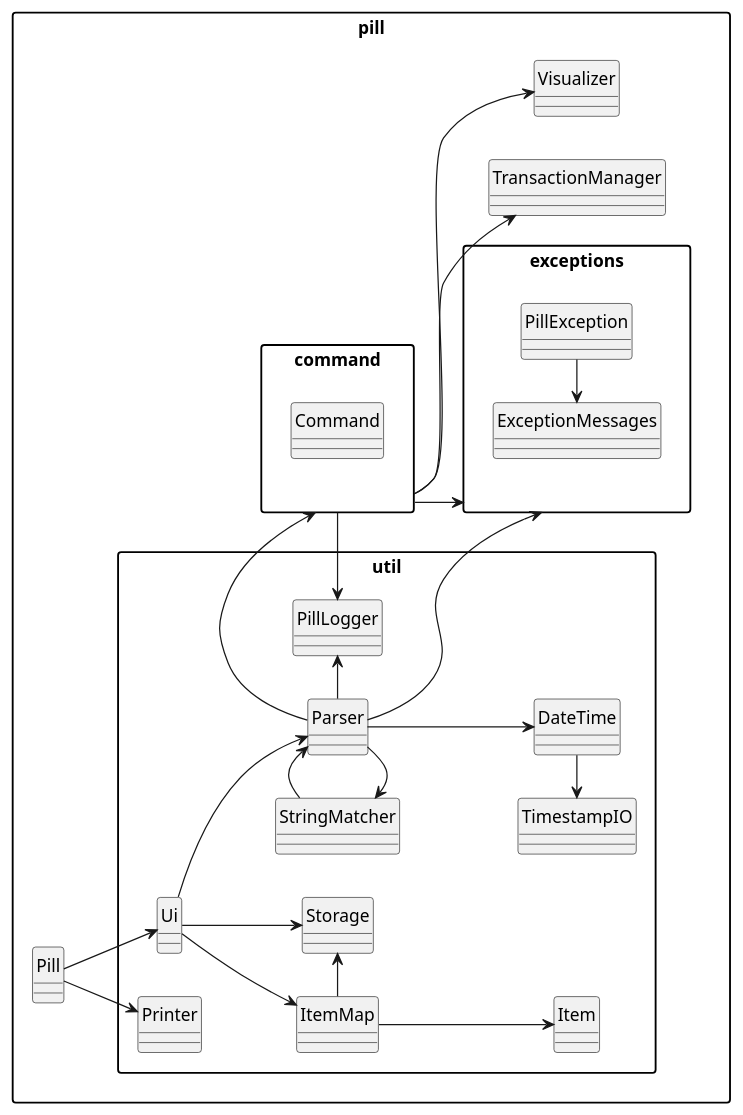
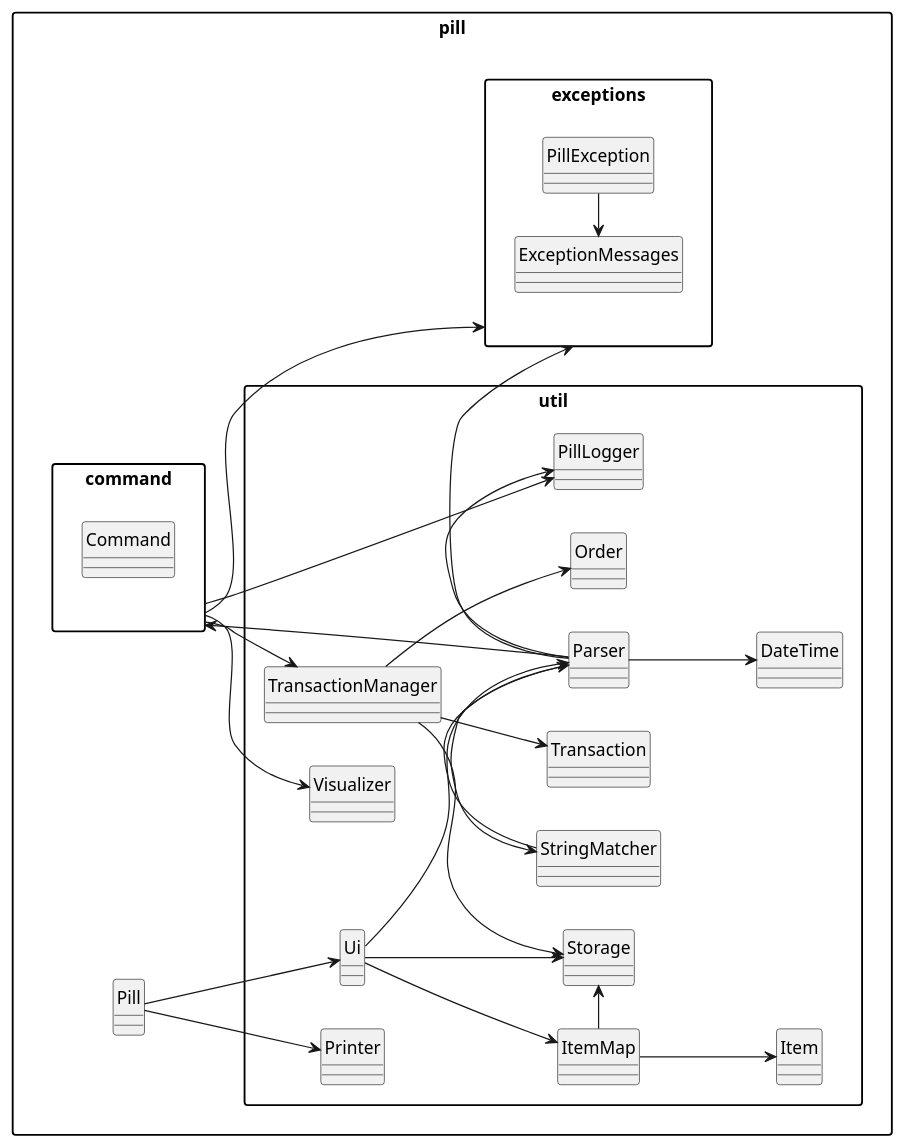
The diagram in docs/diagrams/High-Level-Overview.puml (yijiano/tp), drawn with PlantUML before and after one commit. The commit also changed 1 other file, not shown here.

```diff
--- a/docs/diagrams/High-Level-Overview.puml
+++ b/docs/diagrams/High-Level-Overview.puml
@@ -2,65 +2,69 @@
 @startuml
 
 hide circle
 skinparam packageStyle rectangle
 
 left to right direction
 
 package "pill" {
     class Pill
 
     package "util" {
         class Ui
         class Parser
         class StringMatcher
         class Printer
         class Storage
         class ItemMap
         class Item
         class DateTime
         class PillLogger
-        class TimestampIO
+        class TransactionManager
+        class Order
+        class Transaction
+        class Visualizer
     }
 
     package exceptions {
         class PillException
         class ExceptionMessages
     }
     package command {
         class Command
     }
 
 
 
     Pill --> Ui
     Pill --> Printer
 
 
     Ui --> Parser
     Ui --> ItemMap
     Ui --> Storage
     ItemMap --> Item
 
 
-    Parser --> command
+    Parser -> command
     Parser -up> StringMatcher
     Parser --> DateTime
-    DateTime -up> TimestampIO
     StringMatcher -> Parser
     Parser -> PillLogger
     command --> exceptions
-    command -> PillLogger
-    Parser --> exceptions
-
     command --> TransactionManager
     command --> Visualizer
+    command -> PillLogger
+    Parser -> exceptions
 
     ItemMap -> Storage
+    TransactionManager --> Storage
+    TransactionManager --> Order
+    TransactionManager --> Transaction
 
     PillException -left> ExceptionMessages
 
 }
 
 
 
 @enduml
```
